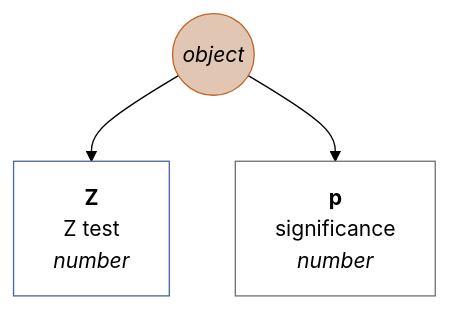
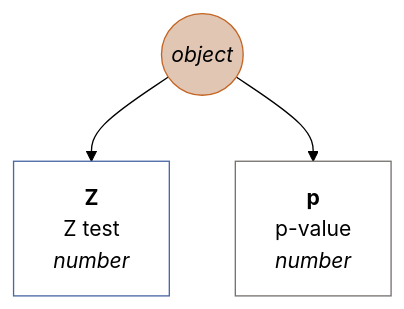
Before and after one commit to muzikp/retusa: diagram 36 of 38 in docs/en-GB.md, drawn with Mermaid (forest theme). The commit also changed other lines of this file and 8 other files, not shown here.

````diff
--- a/docs/en-GB.md
+++ b/docs/en-GB.md
@@ -1470,13 +1470,13 @@
 ```mermaid
 graph TD
 wcxpaired((<i>object</i>))
 style wcxpaired fill:#E1C6B3;
 style wcxpaired stroke:#C36422;
 wcxpaired --> Z[<b>Z</b><br>Z test <br><i>number</i>]
 style Z fill:#FFFFFF;
 style Z stroke:#4967A4;
-wcxpaired --> p[<b>p</b><br>significance <br><i>number</i>]
+wcxpaired --> p[<b>p</b><br>p-value <br><i>number</i>]
 style p fill:#FFFFFF;
 style p stroke:#75716F;
 
 ```
````
